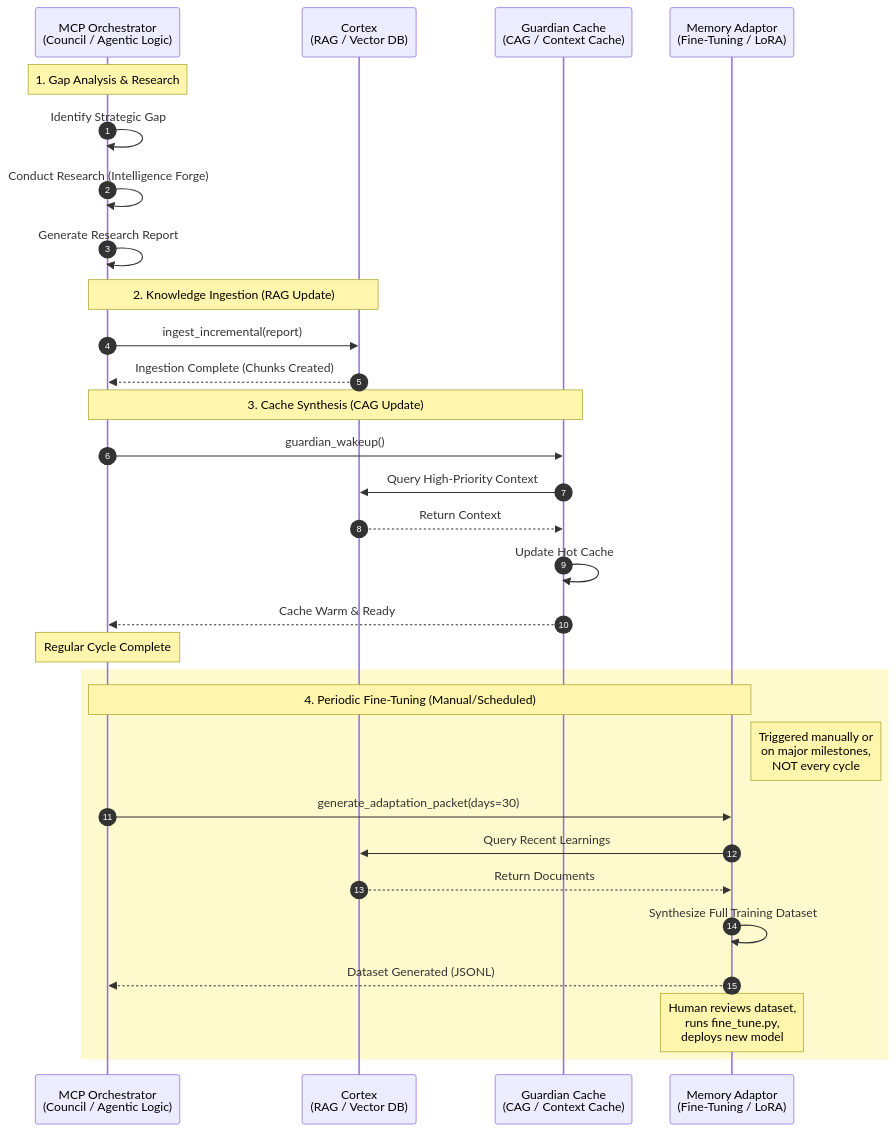
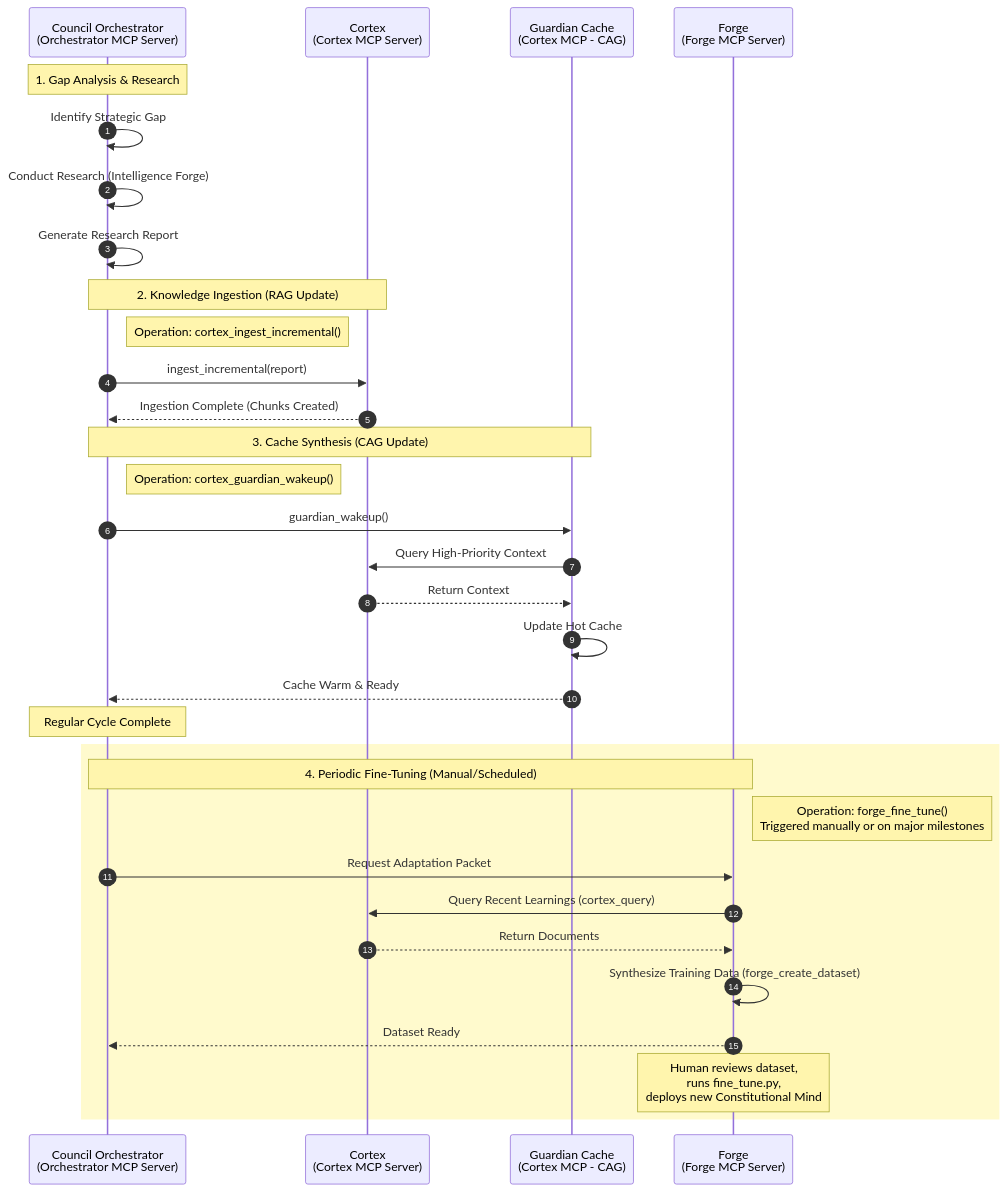
One commit to richfrem/Project_Sanctuary changed the first of 4 diagrams in README.md. Above: the diagram before and after it, drawn with Mermaid. The commit also changed other lines of this file, not shown here.

First paragraph of the commit message:
Feature/task 075 update tasks (#52)
* feat(mcp): Implement Agent Persona MCP, refactor Council MCP, and add logging

````diff
--- a/README.md
+++ b/README.md
@@ -67,37 +67,39 @@
 ```mermaid
 sequenceDiagram
     autonumber
-    participant O as MCP Orchestrator <BR>(Council / Agentic Logic)
-    participant C as Cortex <BR>(RAG / Vector DB)
-    participant G as Guardian Cache <BR>(CAG / Context Cache)
-    participant M as Memory Adaptor <BR>(Fine-Tuning / LoRA)
+    participant O as Council Orchestrator<BR>(Orchestrator MCP Server)
+    participant C as Cortex<BR>(Cortex MCP Server)
+    participant G as Guardian Cache<BR>(Cortex MCP - CAG)
+    participant F as Forge<BR>(Forge MCP Server)
 
     Note over O: 1. Gap Analysis & Research
     O->>O: Identify Strategic Gap
     O->>O: Conduct Research (Intelligence Forge)
     O->>O: Generate Research Report
 
     Note over O, C: 2. Knowledge Ingestion (RAG Update)
+    Note right of O: Operation: cortex_ingest_incremental()
     O->>C: ingest_incremental(report)
     C-->>O: Ingestion Complete (Chunks Created)
 
     Note over O, G: 3. Cache Synthesis (CAG Update)
+    Note right of O: Operation: cortex_guardian_wakeup()
     O->>G: guardian_wakeup()
     G->>C: Query High-Priority Context
     C-->>G: Return Context
     G->>G: Update Hot Cache
     G-->>O: Cache Warm & Ready
 
     Note over O: Regular Cycle Complete
 
     rect rgb(255, 250, 205)
-        Note over O, M: 4. Periodic Fine-Tuning (Manual/Scheduled)
-        Note right of M: Triggered manually or<br/>on major milestones,<br/>NOT every cycle
-        O->>M: generate_adaptation_packet(days=30)
-        M->>C: Query Recent Learnings
-        C-->>M: Return Documents
-        M->>M: Synthesize Full Training Dataset
-        M-->>O: Dataset Generated (JSONL)
-        Note over M: Human reviews dataset,<br/>runs fine_tune.py,<br/>deploys new model
+        Note over O, F: 4. Periodic Fine-Tuning (Manual/Scheduled)
+        Note right of F: Operation: forge_fine_tune()<br/>Triggered manually or on major milestones
+        O->>F: Request Adaptation Packet
+        F->>C: Query Recent Learnings (cortex_query)
+        C-->>F: Return Documents
+        F->>F: Synthesize Training Data (forge_create_dataset)
+        F-->>O: Dataset Ready
+        Note over F: Human reviews dataset,<br/>runs fine_tune.py,<br/>deploys new Constitutional Mind
     end
 ```
````
